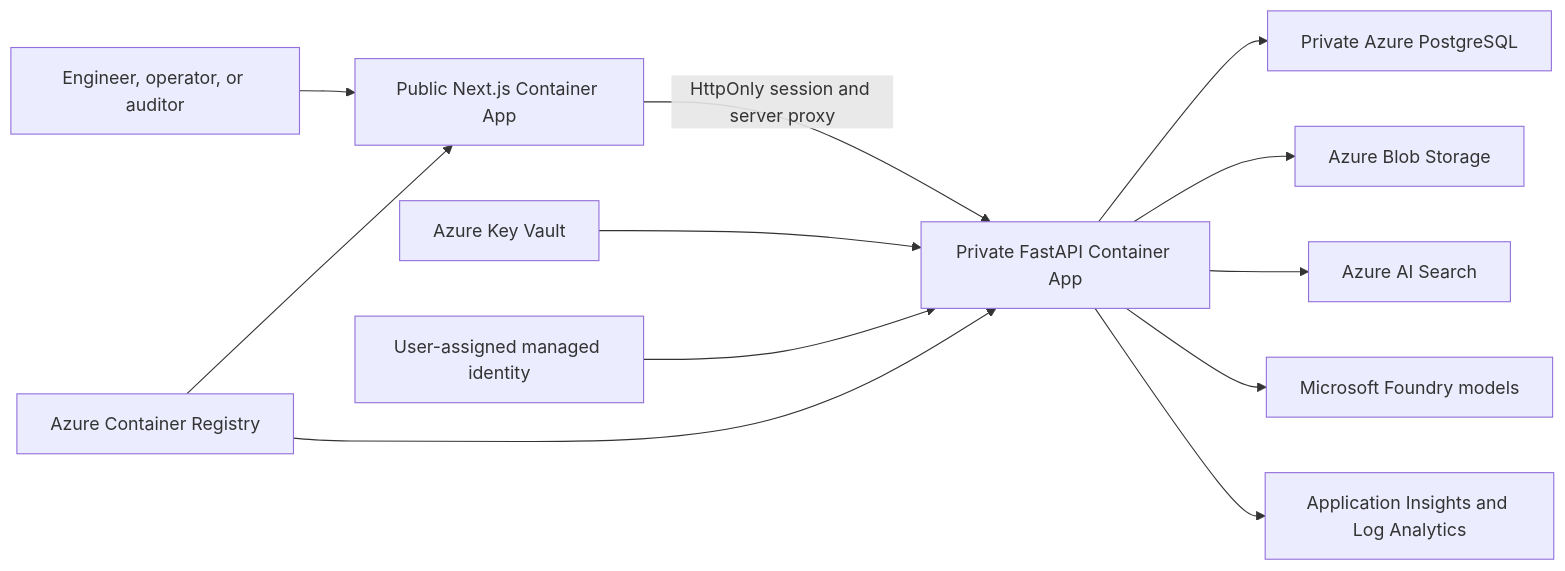
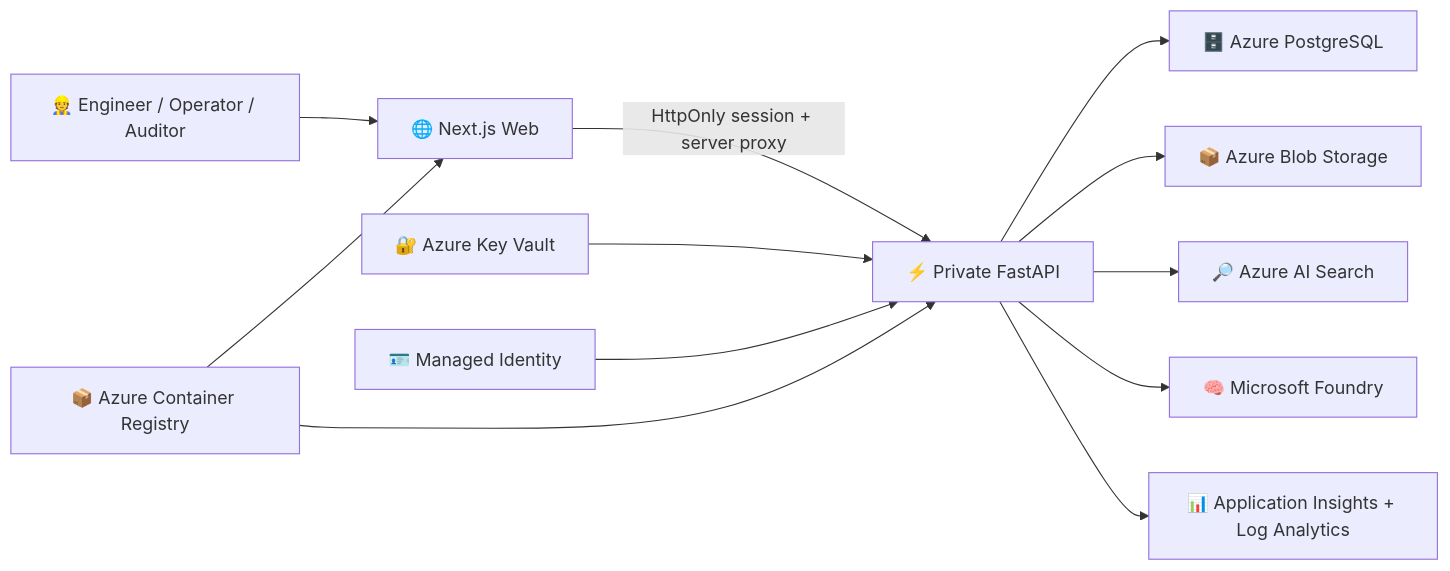
One commit to Janicebenita/ForgeMind-AI changed the diagram in README.md. Above: the diagram before and after it, drawn with Mermaid. The commit also changed other lines of this file, not shown here.

````diff
--- a/README.md
+++ b/README.md
@@ -68,14 +145,14 @@
 ```mermaid
 flowchart LR
-    U["Engineer, operator, or auditor"] --> W["Public Next.js Container App"]
-    W -->|"HttpOnly session and server proxy"| A["Private FastAPI Container App"]
-    A --> P["Private Azure PostgreSQL"]
-    A --> B["Azure Blob Storage"]
-    A --> S["Azure AI Search"]
-    A --> F["Microsoft Foundry models"]
-    A --> O["Application Insights and Log Analytics"]
-    KV["Azure Key Vault"] --> A
-    MI["User-assigned managed identity"] --> A
-    ACR["Azure Container Registry"] --> W
+    U["👷 Engineer / Operator / Auditor"] --> W["🌐 Next.js Web"]
+    W -->|"HttpOnly session + server proxy"| A["⚡ Private FastAPI"]
+    A --> P["🗄️ Azure PostgreSQL"]
+    A --> B["📦 Azure Blob Storage"]
+    A --> S["🔎 Azure AI Search"]
+    A --> F["🧠 Microsoft Foundry"]
+    A --> O["📊 Application Insights + Log Analytics"]
+    KV["🔐 Azure Key Vault"] --> A
+    MI["🪪 Managed Identity"] --> A
+    ACR["📦 Azure Container Registry"] --> W
     ACR --> A
 ```
````
